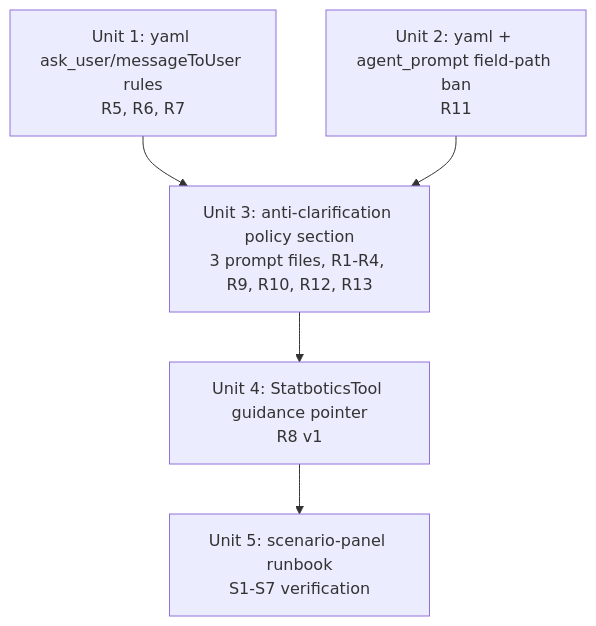
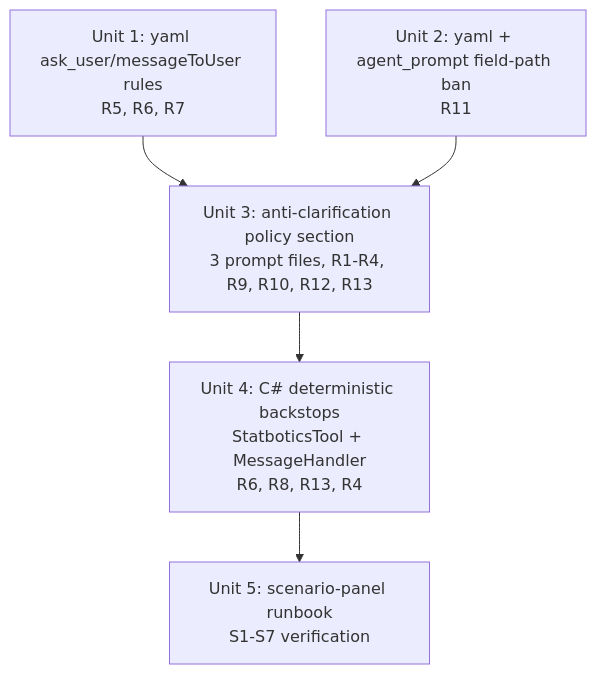
One commit to bc3tech/frc-discord-bot changed the diagram in docs/plans/2026-04-27-002-feat-agent-anti-clarification-policy-plan.md. Above: the diagram before and after it, drawn with Mermaid. The commit also changed other lines of this file, not shown here.

````diff
--- a/docs/plans/2026-04-27-002-feat-agent-anti-clarification-policy-plan.md
+++ b/docs/plans/2026-04-27-002-feat-agent-anti-clarification-policy-plan.md
@@ -106,12 +110,12 @@
 ```mermaid
 flowchart TB
     U1[Unit 1: yaml ask_user/messageToUser rules<br/>R5, R6, R7]
     U2[Unit 2: yaml + agent_prompt field-path ban<br/>R11]
     U3[Unit 3: anti-clarification policy section<br/>3 prompt files, R1-R4, R9, R10, R12, R13]
-    U4[Unit 4: StatboticsTool guidance pointer<br/>R8 v1]
+    U4[Unit 4: C# deterministic backstops<br/>StatboticsTool + MessageHandler<br/>R6, R8, R13, R4]
     U5[Unit 5: scenario-panel runbook<br/>S1-S7 verification]
     U1 --> U3
     U2 --> U3
     U3 --> U4
     U4 --> U5
 ```
````
